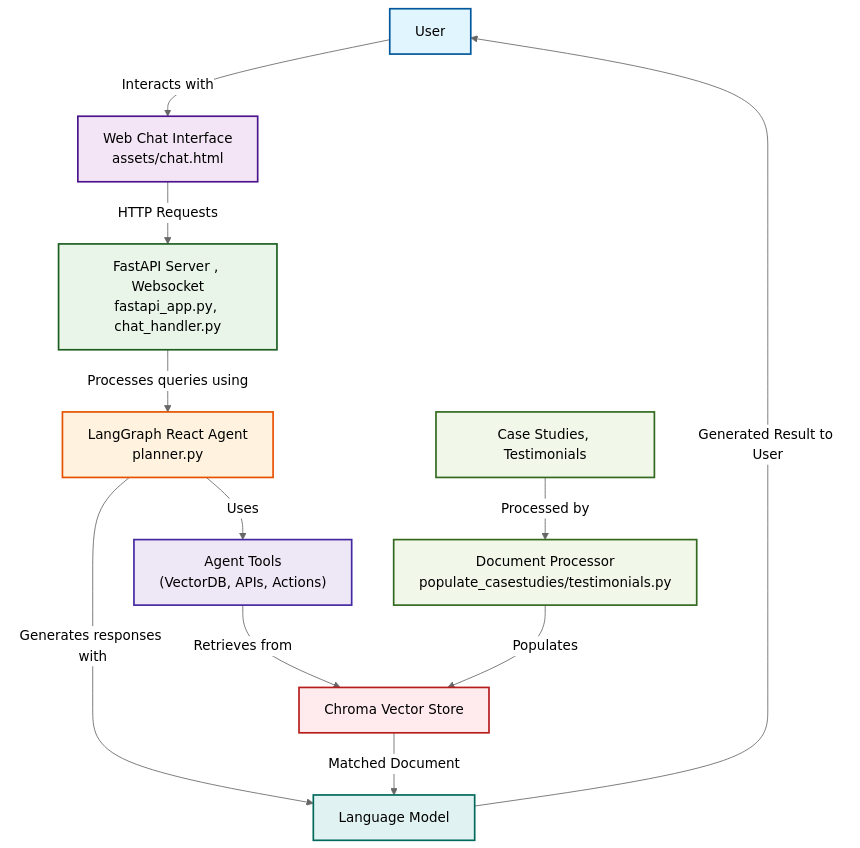
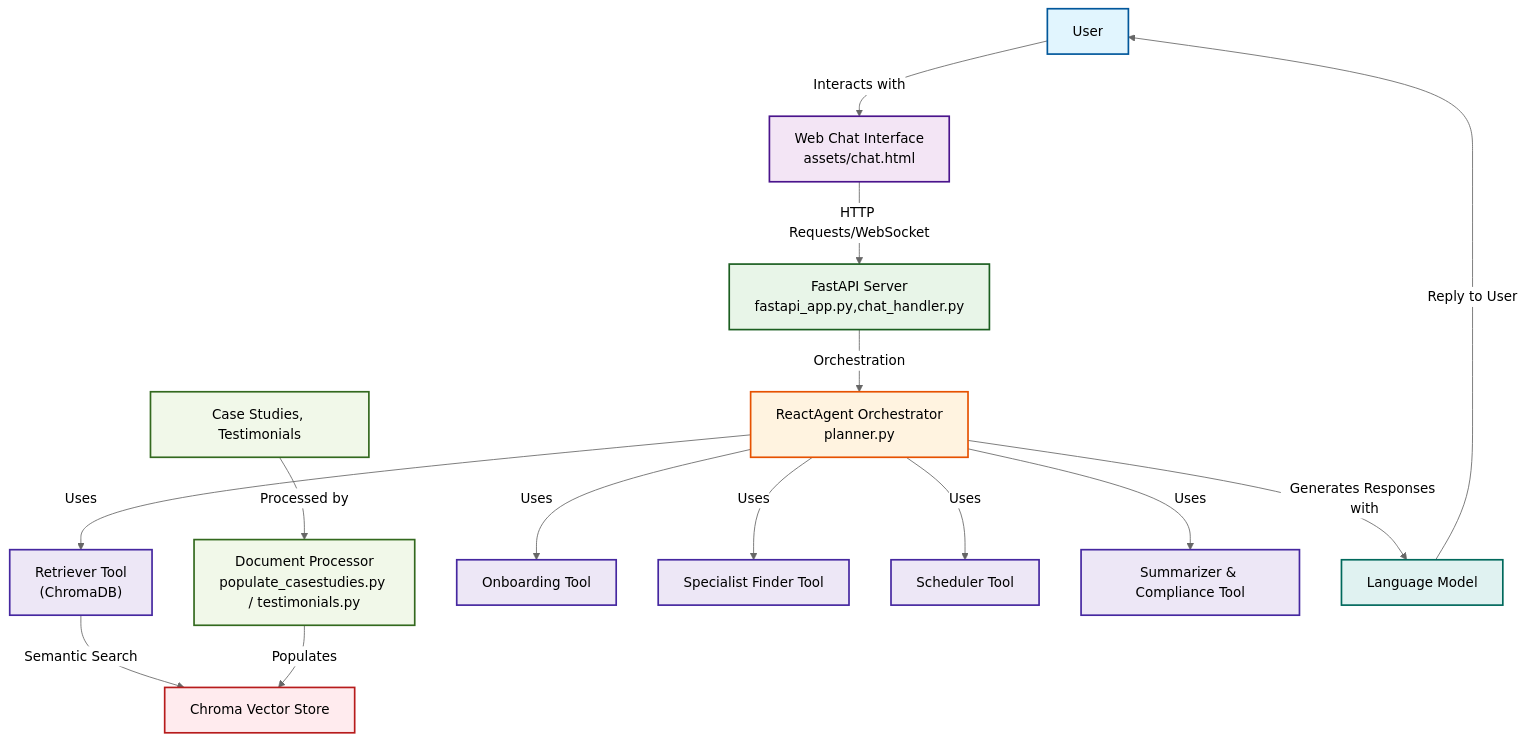
The diagram in readme.md (vij1ay/testdev1), drawn with Mermaid (neutral theme) before and after one commit. The commit also changed other lines of this file, not shown here.

````diff
--- a/readme.md
+++ b/readme.md
@@ -78,34 +84,47 @@
 ```mermaid
 flowchart TB
     U["User"] -- Interacts with --> UI["Web Chat Interface<br>assets/chat.html"]
-    UI -- HTTP Requests --> API["FastAPI Server , Websocket<br>fastapi_app.py, chat_handler.py"]
-    API -- Processes queries using --> AGENT["LangGraph React Agent<br>planner.py"]
-    AGENT -- Uses --> TOOLS["Agent Tools<br>(VectorDB, APIs, Actions)"]
-    TOOLS -- Retrieves from --> VS["Chroma Vector Store"]
-    DP["Document Processor<br>populate_casestudies/testimonials.py"] -- Populates --> VS
+    UI -- HTTP Requests/WebSocket --> API["FastAPI Server<br>fastapi_app.py,chat_handler.py"]
+    API -- Orchestration --> ORCH["ReactAgent Orchestrator<br>planner.py"]
+
+    %% Vector Store + Docs
+    T4 -- Semantic Search --> VS["Chroma Vector Store"]
+    DP["Document Processor<br>populate_casestudies.py / testimonials.py"] -- Populates --> VS
     DOCS["Case Studies, Testimonials"] -- Processed by --> DP
-    AGENT -- Generates responses with --> LLM["Language Model<br>"]
-    LLM -- Generated Result to User --> U
-    VS -- Matched Document --> LLM
-    
+
+    %% Agent Tools
+    ORCH -- Uses --> T1["Onboarding Tool"]
+    ORCH -- Uses --> T2["Specialist Finder Tool"]
+    ORCH -- Uses --> T3["Scheduler Tool"]
+    ORCH -- Uses --> T4["Retriever Tool<br>(ChromaDB)"]
+    ORCH -- Uses --> T5["Summarizer & Compliance Tool"]
+
+    %% Final LLM Output
+    ORCH -- Generates Responses with --> LLM["Language Model"]
+    LLM -- Reply to User --> U
+
     %% Styling
     U:::user
     UI:::ui
     API:::api
-    AGENT:::agent
-    TOOLS:::tools
+    ORCH:::agent
     VS:::vector
     DP:::docs
     DOCS:::docs
+    T1:::tools
+    T2:::tools
+    T3:::tools
+    T4:::tools
+    T5:::tools
     LLM:::llm
 
     %% Class Definitions
     classDef user fill:#e1f5fe,stroke:#01579b,stroke-width:2px
     classDef ui fill:#f3e5f5,stroke:#4a148c,stroke-width:2px
     classDef api fill:#e8f5e8,stroke:#1b5e20,stroke-width:2px
     classDef agent fill:#fff3e0,stroke:#e65100,stroke-width:2px
     classDef tools fill:#ede7f6,stroke:#4527a0,stroke-width:2px
     classDef vector fill:#ffebee,stroke:#b71c1c,stroke-width:2px
     classDef docs fill:#f1f8e9,stroke:#33691e,stroke-width:2px
     classDef llm fill:#e0f2f1,stroke:#00695c,stroke-width:2px
 ```
````
